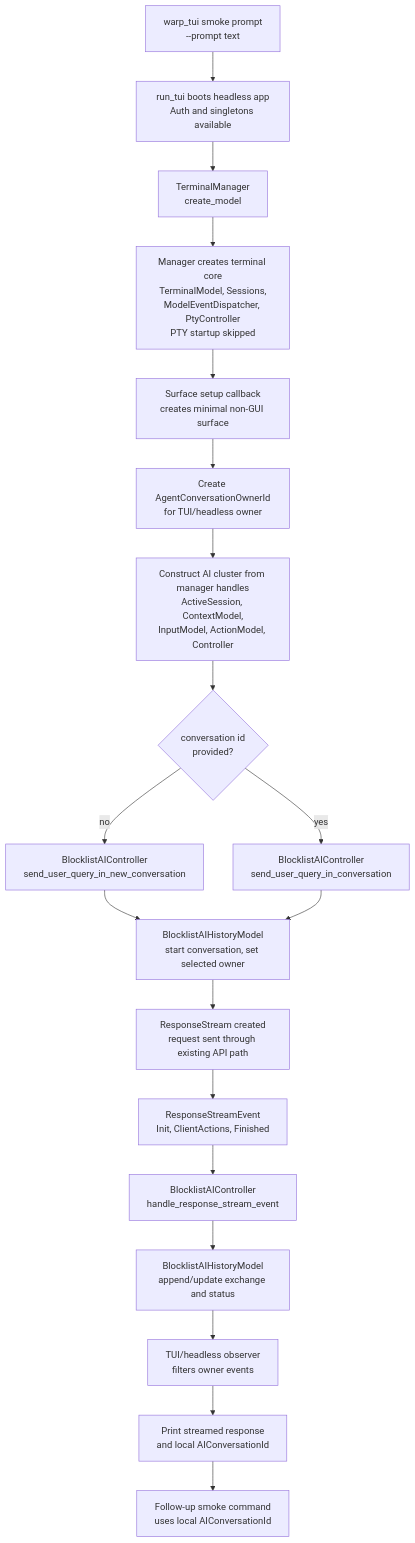
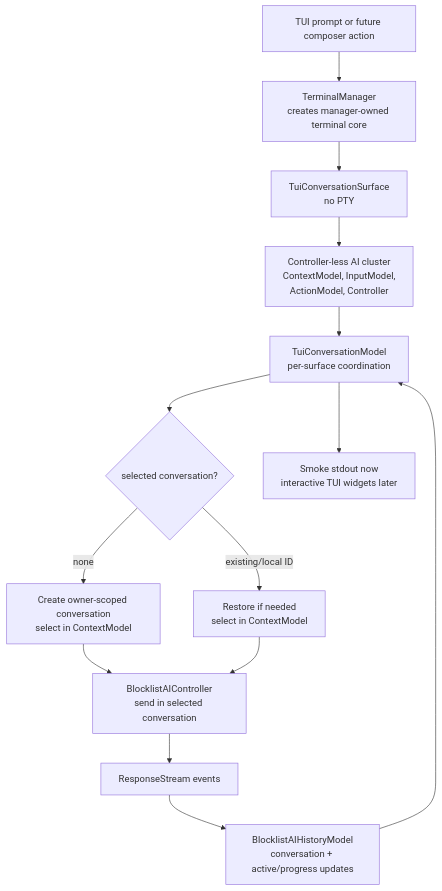
The diagram in specs/conversation-streaming-for-tui/TECH.md (Jason-Shen2/warp), drawn with Mermaid before and after one commit. The commit also changed other lines of this file and 91 other files, not shown here.

````diff
--- a/specs/conversation-streaming-for-tui/TECH.md
+++ b/specs/conversation-streaming-for-tui/TECH.md
@@ -68,21 +50,16 @@
 ```mermaid
 flowchart TD
-  Prompt["warp_tui smoke prompt<br/>--prompt text"] --> Boot["run_tui boots headless app<br/>Auth and singletons available"]
-  Boot --> Manager["TerminalManager<TuiConversationSurface><br/>create_model"]
-  Manager --> TerminalCore["Manager creates terminal core<br/>TerminalModel, Sessions,<br/>ModelEventDispatcher, PtyController<br/>PTY startup skipped"]
-  TerminalCore --> Surface["Surface setup callback<br/>creates minimal non-GUI surface"]
-  Surface --> Owner["Create AgentConversationOwnerId<br/>for TUI/headless owner"]
-  Owner --> Cluster["Construct AI cluster from manager handles<br/>ActiveSession, ContextModel,<br/>InputModel, ActionModel, Controller"]
-  Cluster --> Select{"conversation id<br/>provided?"}
-  Select -->|no| New["BlocklistAIController<br/>send_user_query_in_new_conversation"]
-  Select -->|yes| Existing["BlocklistAIController<br/>send_user_query_in_conversation"]
-  New --> HistoryStart["BlocklistAIHistoryModel<br/>start conversation, set selected owner"]
-  Existing --> HistoryStart
-  HistoryStart --> Request["ResponseStream created<br/>request sent through existing API path"]
-  Request --> StreamEvents["ResponseStreamEvent<br/>Init, ClientActions, Finished"]
-  StreamEvents --> Controller["BlocklistAIController<br/>handle_response_stream_event"]
-  Controller --> HistoryUpdates["BlocklistAIHistoryModel<br/>append/update exchange and status"]
-  HistoryUpdates --> Observer["TUI/headless observer<br/>filters owner events"]
-  Observer --> Stdout["Print streamed response<br/>and local AIConversationId"]
-  Stdout --> FollowUp["Follow-up smoke command<br/>uses local AIConversationId"]
+  Prompt["TUI prompt or future composer action"] --> Manager["TerminalManager<TuiConversationSurface><br/>creates manager-owned terminal core"]
+  Manager --> Surface["TuiConversationSurface<br/>no PTY"]
+  Surface --> Cluster["Controller-less AI cluster<br/>ContextModel, InputModel,<br/>ActionModel, Controller"]
+  Cluster --> Model["TuiConversationModel<br/>per-surface coordination"]
+  Model --> Select{"selected conversation?"}
+  Select -->|none| New["Create owner-scoped conversation<br/>select in ContextModel"]
+  Select -->|existing/local ID| Restore["Restore if needed<br/>select in ContextModel"]
+  New --> Send["BlocklistAIController<br/>send in selected conversation"]
+  Restore --> Send
+  Send --> Stream["ResponseStream events"]
+  Stream --> History["BlocklistAIHistoryModel<br/>conversation + active/progress updates"]
+  History --> Model
+  Model --> Presentation["Smoke stdout now<br/>interactive TUI widgets later"]
 ```
````
